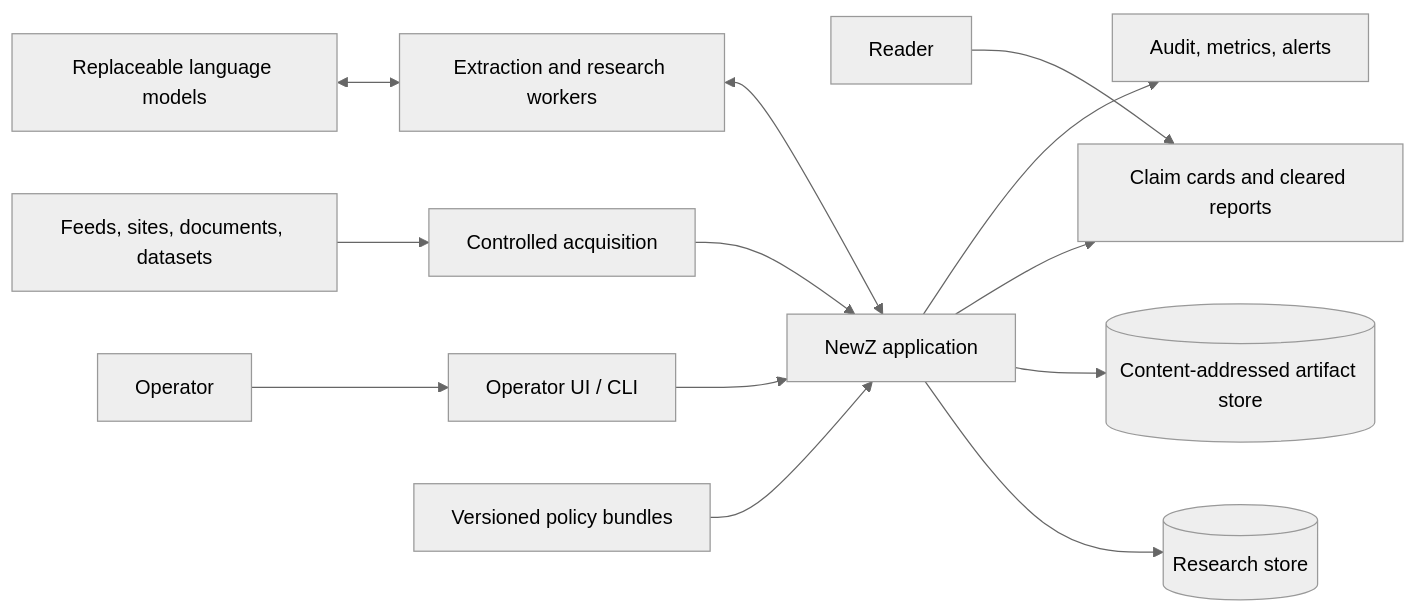
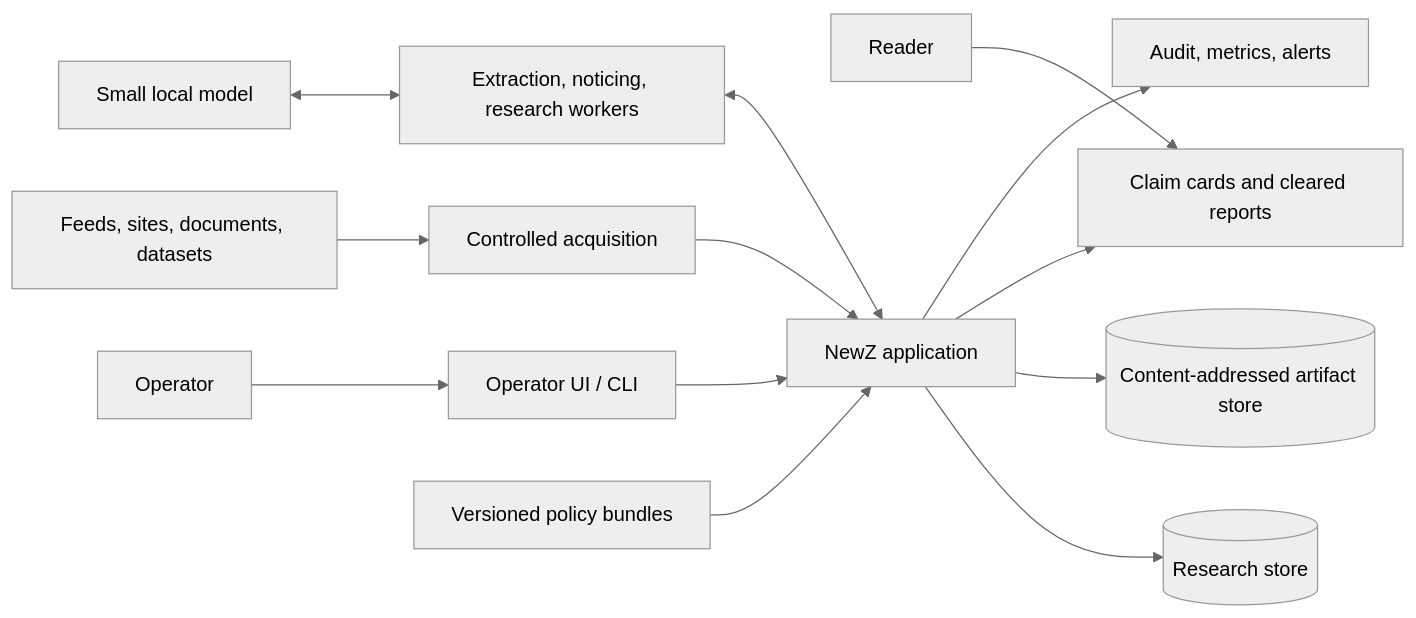
One commit to deanpreese/NewZ changed the first of 4 diagrams in ARCHITECTURE.md. Above: the diagram before and after it, drawn with Mermaid (neutral theme). The commit also changed other lines of this file and 4 other files, not shown here.

````diff
--- a/ARCHITECTURE.md
+++ b/ARCHITECTURE.md
@@ -13,17 +13,17 @@
 ```mermaid
 flowchart LR
     OP[Operator] --> UI[Operator UI / CLI]
     READER[Reader] --> SURFACE[Claim cards and cleared reports]
     WEB[Feeds, sites, documents, datasets] --> FETCH[Controlled acquisition]
-    MODEL[Replaceable language models] <--> WORKERS[Extraction and research workers]
+    MODEL[Small local model] <--> WORKERS[Extraction, noticing, research workers]
 
     UI --> CORE[NewZ application]
     FETCH --> CORE
     WORKERS <--> CORE
     CORE --> STORE[(Research store)]
     CORE --> OBJECTS[(Content-addressed artifact store)]
     CORE --> SURFACE
 
     POLICY[Versioned policy bundles] --> CORE
     CORE --> AUDIT[Audit, metrics, alerts]
 ```
````
